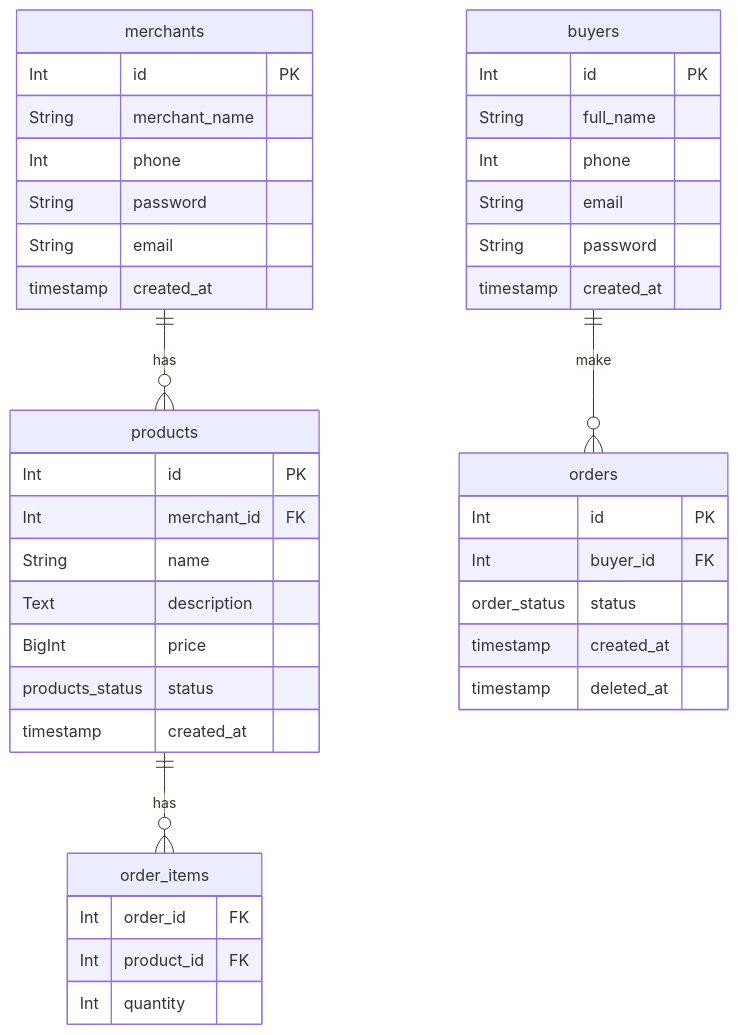
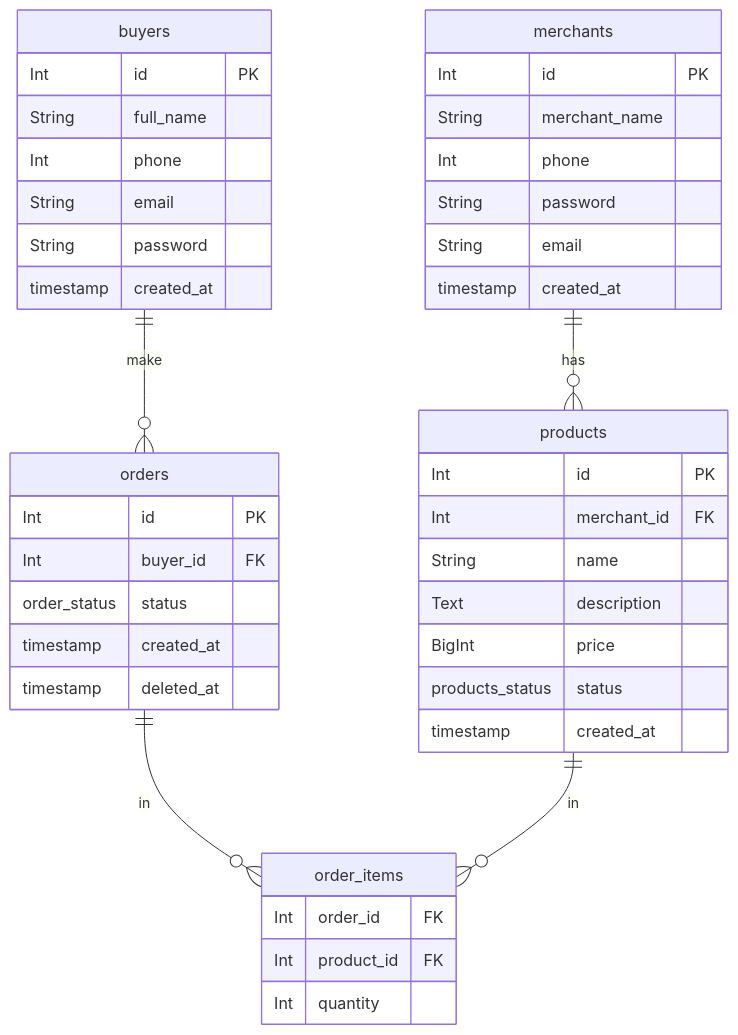
The diagram in README.md (delveper/mystore), drawn with Mermaid before and after one commit.

Commit message:
refactor: fix

````diff
--- a/README.md
+++ b/README.md
@@ -15,48 +15,49 @@
 ```mermaid
 erDiagram
     merchants {
         Int id PK
         String merchant_name
         Int phone
         String password
         String email
         timestamp created_at
     }
 
     buyers {
         Int id PK
         String full_name
         Int phone
         String email
         String password
         timestamp created_at
     }
 
     products {
         Int id PK
         Int merchant_id FK
         String name
         Text description
         BigInt price
         products_status status
         timestamp created_at
     }
 
     orders {
         Int id PK
         Int buyer_id FK
         order_status status
         timestamp created_at
         timestamp deleted_at
     }
 
     order_items {
         Int order_id FK
         Int product_id FK
         Int quantity
     }
 
     merchants ||--o{ products : has
     buyers ||--o{ orders : make
-    products ||--o{ order_items : has
+    orders ||--o{ order_items : in 
+    products ||--o{ order_items : in
 ```
````
